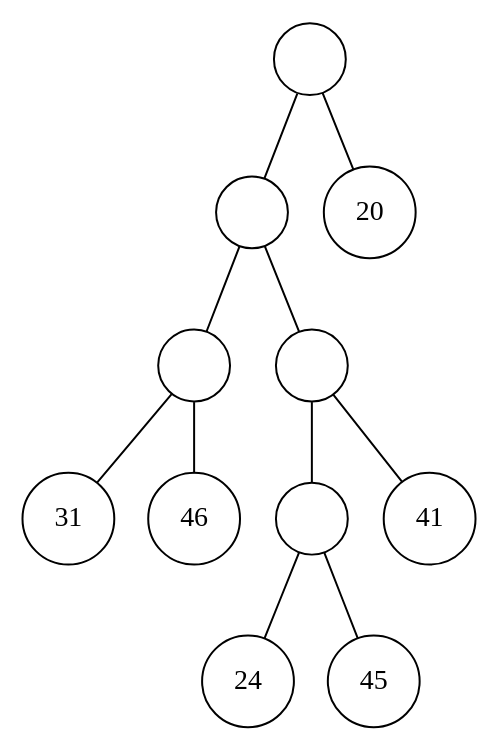
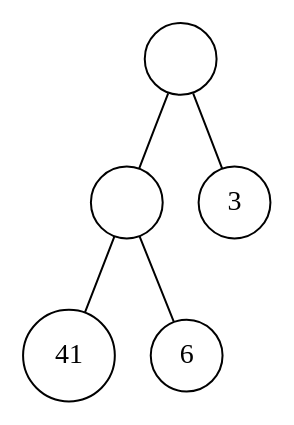
Before and after one commit to sswaccount/BinTree: the diagram in BinTree/data/data_1/data_1.dot, drawn with Graphviz. The commit also changed 68 other files, not shown here.

```diff
--- a/BinTree/data/data_1/data_1.dot
+++ b/BinTree/data/data_1/data_1.dot
@@ -1,24 +1,12 @@
 graph g {
 graph[ordering="out"];
 1[label="", shape=circle, width=0.5];
 1--2;
 1--3;
 2[label="", shape=circle, width=0.5];
 2--4;
 2--5;
-4[label="", shape=circle, width=0.5];
-4--8;
-4--9;
-8[label="31",shape=circle, width=0.5];
-9[label="46",shape=circle, width=0.5];
-5[label="", shape=circle, width=0.5];
-5--10;
-5--11;
-10[label="", shape=circle, width=0.5];
-10--20;
-10--21;
-20[label="24",shape=circle, width=0.5];
-21[label="45",shape=circle, width=0.5];
-11[label="41",shape=circle, width=0.5];
-3[label="20",shape=circle, width=0.5];
+4[label="41",shape=circle, width=0.5];
+5[label="6",shape=circle, width=0.5];
+3[label="3",shape=circle, width=0.5];
 }
```
